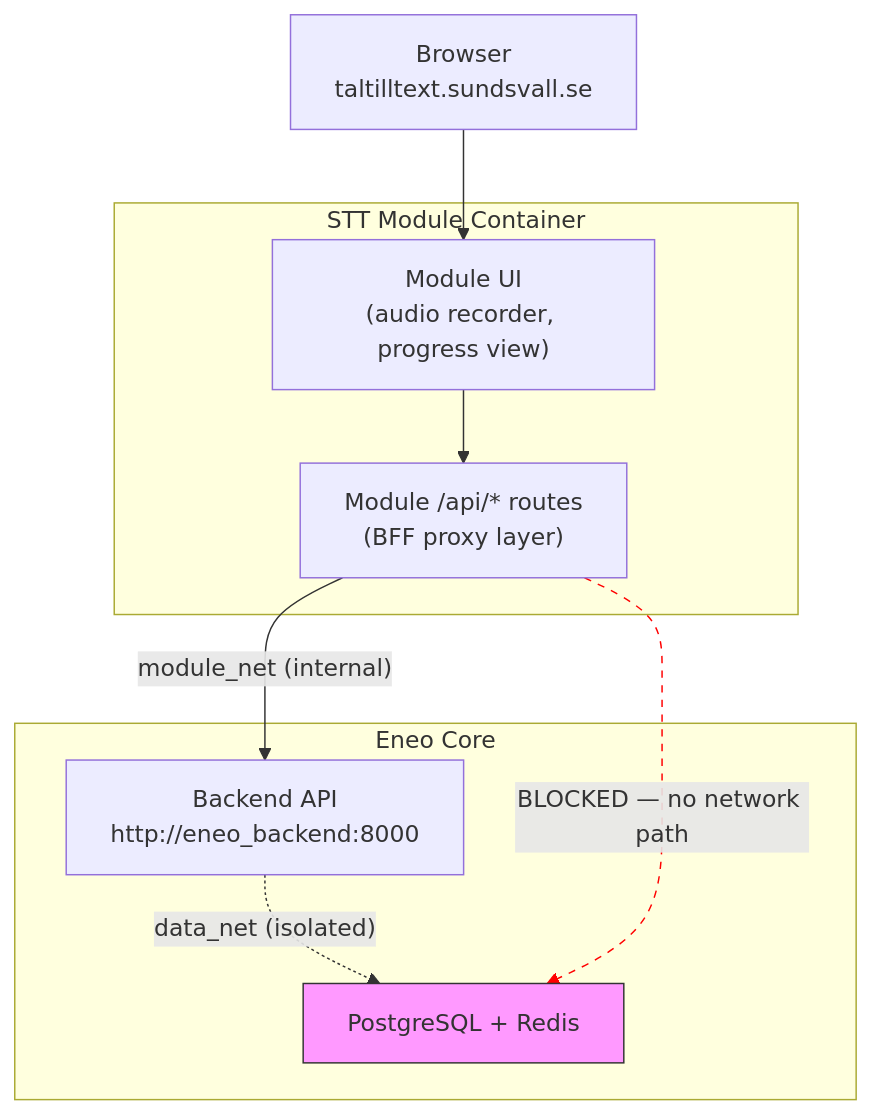
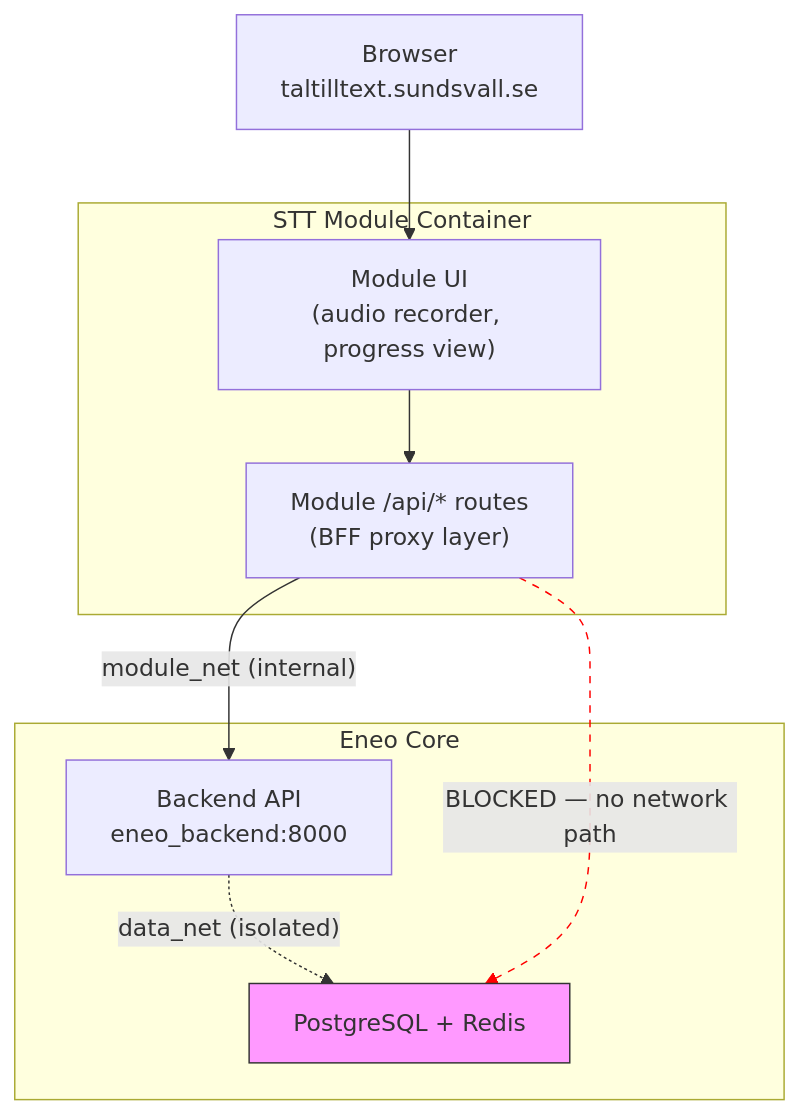
One commit to CCimen/eneo-modules-example changed the second of 3 diagrams in README.md. Above: the diagram before and after it, drawn with Mermaid. The commit also changed other lines of this file, not shown here.

First line of the commit message:
Fix mermaid multi-line labels using markdown string syntax

````diff
--- a/README.md
+++ b/README.md
@@ -224,23 +228,27 @@
 ```mermaid
-graph TB
-    Browser["Browser\ntaltilltext.sundsvall.se"]
+flowchart TB
+    Browser["`Browser
+taltilltext.sundsvall.se`"]
 
     subgraph Module["STT Module Container"]
-        ModUI["Module UI\n(audio recorder, progress view)"]
-        ModAPI["Module /api/* routes\n(BFF proxy layer)"]
+        ModUI["`Module UI
+(audio recorder, progress view)`"]
+        ModAPI["`Module /api/* routes
+(BFF proxy layer)`"]
     end
 
     subgraph Core["Eneo Core"]
-        Backend["Backend API\nhttp://eneo_backend:8000"]
+        Backend["`Backend API
+eneo_backend:8000`"]
         DB["PostgreSQL + Redis"]
     end
 
     Browser --> ModUI
     ModUI --> ModAPI
     ModAPI -->|"module_net (internal)"| Backend
     Backend -.->|"data_net (isolated)"| DB
     ModAPI -.->|"BLOCKED — no network path"| DB
 
     style DB fill:#f9f,stroke:#333
     linkStyle 4 stroke:red,stroke-dasharray:5
 ```
````
